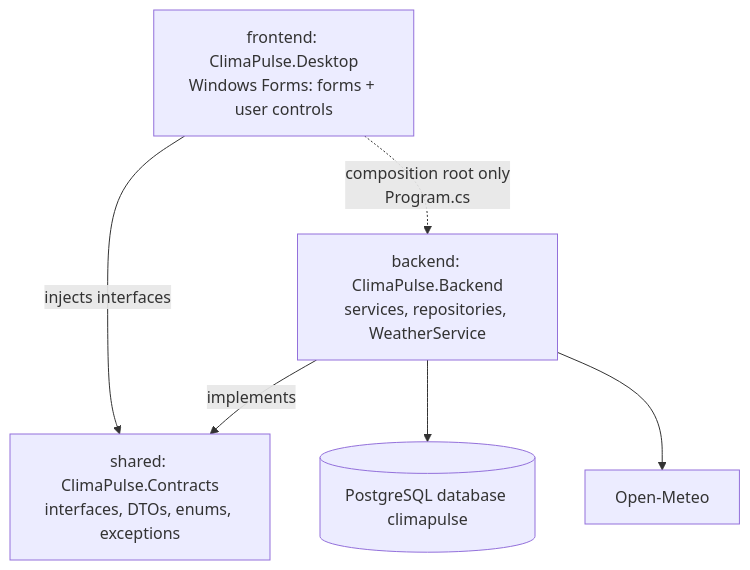
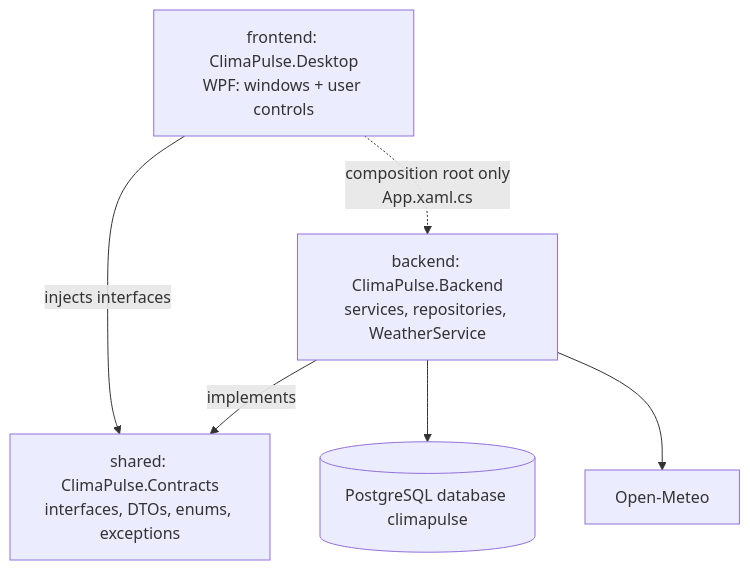
One commit to Nalen518/Junior-Project changed the diagram in docs/api-contract.md. Above: the diagram before and after it, drawn with Mermaid. The commit also changed other lines of this file and 9 other files, not shown here.

First line of the commit message:
docs: accept WPF for the desktop UI instead of Windows Forms

````diff
--- a/docs/api-contract.md
+++ b/docs/api-contract.md
@@ -40,8 +40,8 @@
 ```mermaid
 flowchart TB
-    D["frontend: ClimaPulse.Desktop<br/>Windows Forms: forms + user controls"] -->|injects interfaces| C["shared: ClimaPulse.Contracts<br/>interfaces, DTOs, enums, exceptions"]
+    D["frontend: ClimaPulse.Desktop<br/>WPF: windows + user controls"] -->|injects interfaces| C["shared: ClimaPulse.Contracts<br/>interfaces, DTOs, enums, exceptions"]
     B["backend: ClimaPulse.Backend<br/>services, repositories, WeatherService"] -->|implements| C
-    D -.->|composition root only<br/>Program.cs| B
+    D -.->|composition root only<br/>App.xaml.cs| B
     B --> DB[(PostgreSQL database climapulse)]
     B --> OM[Open-Meteo]
 ```
````
